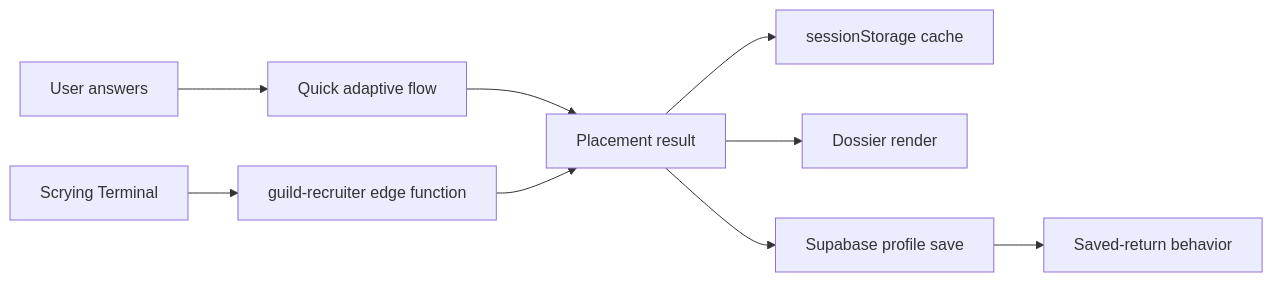
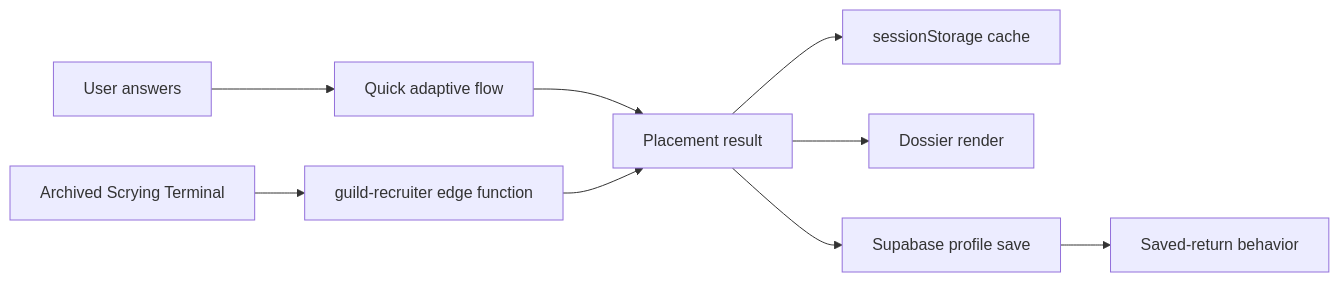
The diagram in docs/data-flow-map.md (rboles84/mtgSiteWIP), drawn with Mermaid before and after one commit. The commit also changed other lines of this file and 72 other files, not shown here.

````diff
--- a/docs/data-flow-map.md
+++ b/docs/data-flow-map.md
@@ -31,11 +31,11 @@
 ```mermaid
 flowchart LR
   User["User answers"] --> Quick["Quick adaptive flow"]
   Quick --> Result["Placement result"]
-  Interview["Scrying Terminal"] --> Edge["guild-recruiter edge function"]
+  Interview["Archived Scrying Terminal"] --> Edge["guild-recruiter edge function"]
   Edge --> Result
   Result --> Cache["sessionStorage cache"]
   Result --> Dossier["Dossier render"]
   Result --> Save["Supabase profile save"]
   Save --> Resume["Saved-return behavior"]
 ```
````
